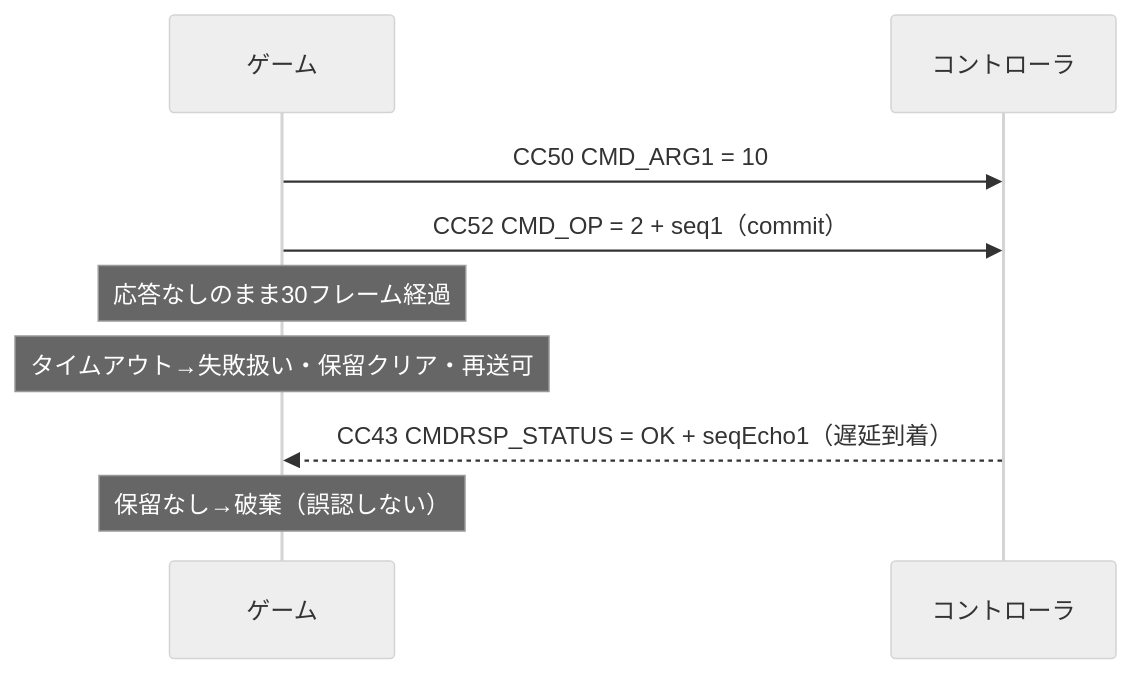
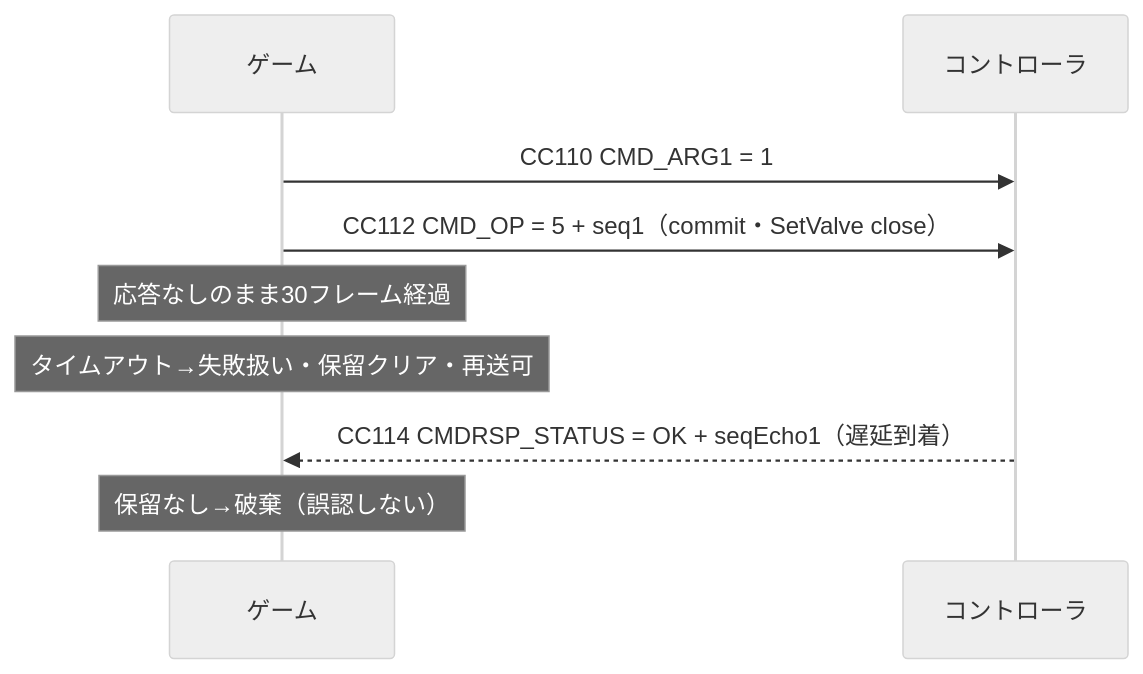
Before and after one commit to sanlike0911/pyMidiSimulator: the fourth of 4 diagrams in docs/specs/midi-mapping.md, drawn with Mermaid (neutral theme). The commit also changed other lines of this file and 2 other files, not shown here.

````diff
--- a/docs/specs/midi-mapping.md
+++ b/docs/specs/midi-mapping.md
@@ -291,11 +314,11 @@
 ```mermaid
 sequenceDiagram
     participant G as ゲーム
     participant C as コントローラ
-    G->>C: CC50 CMD_ARG1 = 10
-    G->>C: CC52 CMD_OP = 2 + seq1（commit）
+    G->>C: CC110 CMD_ARG1 = 1
+    G->>C: CC112 CMD_OP = 5 + seq1（commit・SetValve close）
     Note over G: 応答なしのまま30フレーム経過
     Note over G: タイムアウト→失敗扱い・保留クリア・再送可
-    C-->>G: CC43 CMDRSP_STATUS = OK + seqEcho1（遅延到着）
+    C-->>G: CC114 CMDRSP_STATUS = OK + seqEcho1（遅延到着）
     Note over G: 保留なし→破棄（誤認しない）
 ```
````
